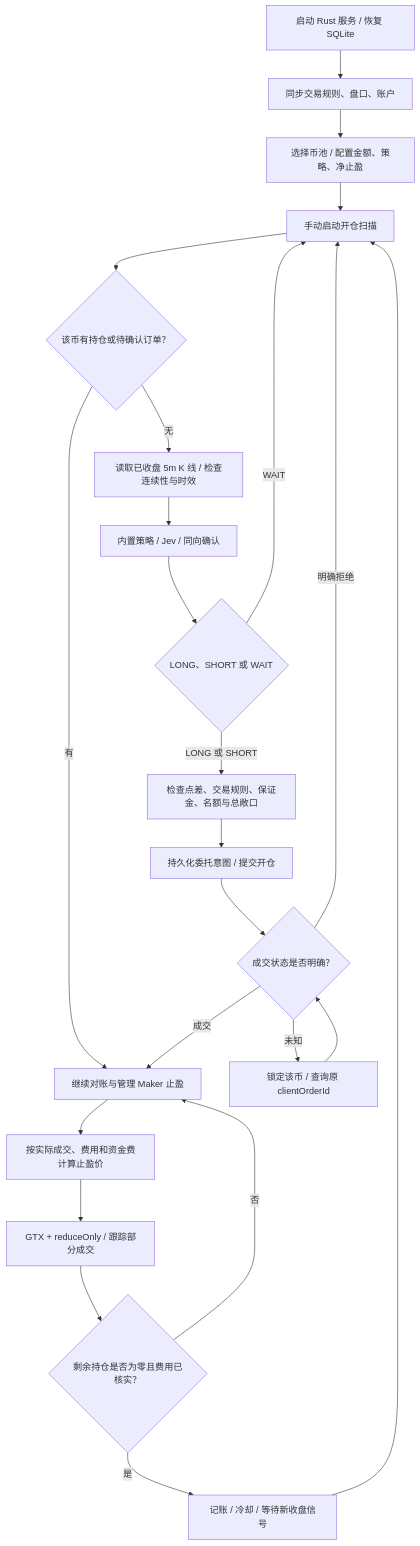
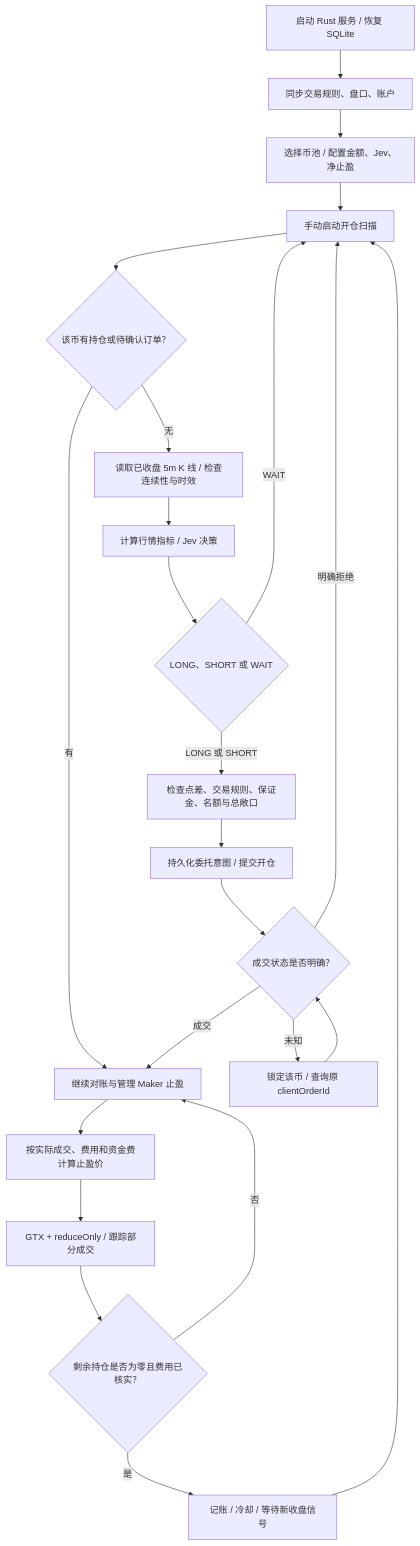
One commit to zuoban/GeniusTrader changed the diagram in README.md. Above: the diagram before and after it, drawn with Mermaid. The commit also changed other lines of this file and 7 other files, not shown here.

````diff
--- a/README.md
+++ b/README.md
@@ -109,25 +108,25 @@
 ```mermaid
 flowchart TD
     A[启动 Rust 服务 / 恢复 SQLite] --> B[同步交易规则、盘口、账户]
-    B --> C[选择币池 / 配置金额、策略、净止盈]
+    B --> C[选择币池 / 配置金额、Jev、净止盈]
     C --> D[手动启动开仓扫描]
     D --> E{该币有持仓或待确认订单？}
     E -- 有 --> M[继续对账与管理 Maker 止盈]
     E -- 无 --> F[读取已收盘 5m K 线 / 检查连续性与时效]
-    F --> G[内置策略 / Jev / 同向确认]
+    F --> G[计算行情指标 / Jev 决策]
     G --> H{LONG、SHORT 或 WAIT}
     H -- WAIT --> D
     H -- LONG 或 SHORT --> I[检查点差、交易规则、保证金、名额与总敞口]
     I --> J[持久化委托意图 / 提交开仓]
     J --> K{成交状态是否明确？}
     K -- 未知 --> L[锁定该币 / 查询原 clientOrderId]
     L --> K
     K -- 成交 --> M
     K -- 明确拒绝 --> D
     M --> N[按实际成交、费用和资金费计算止盈价]
     N --> O[GTX + reduceOnly / 跟踪部分成交]
     O --> P{剩余持仓是否为零且费用已核实？}
     P -- 否 --> M
     P -- 是 --> Q[记账 / 冷却 / 等待新收盘信号]
     Q --> D
 ```
````
